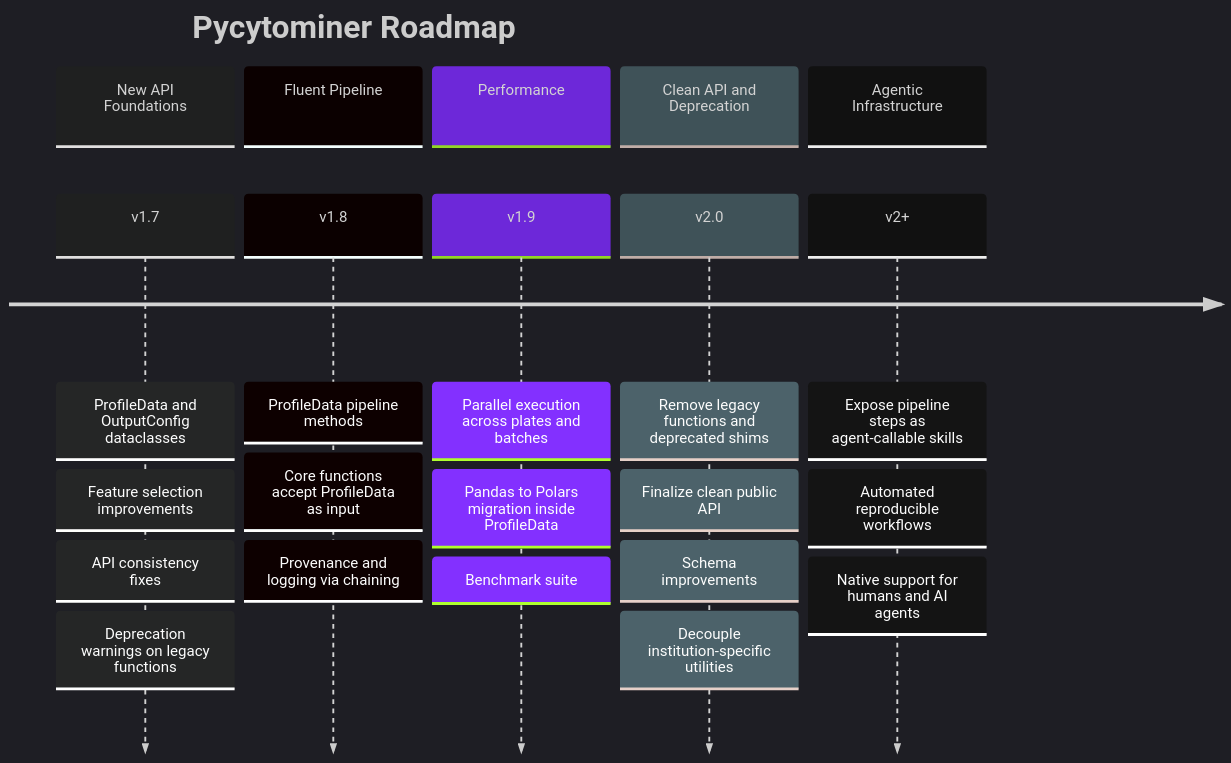
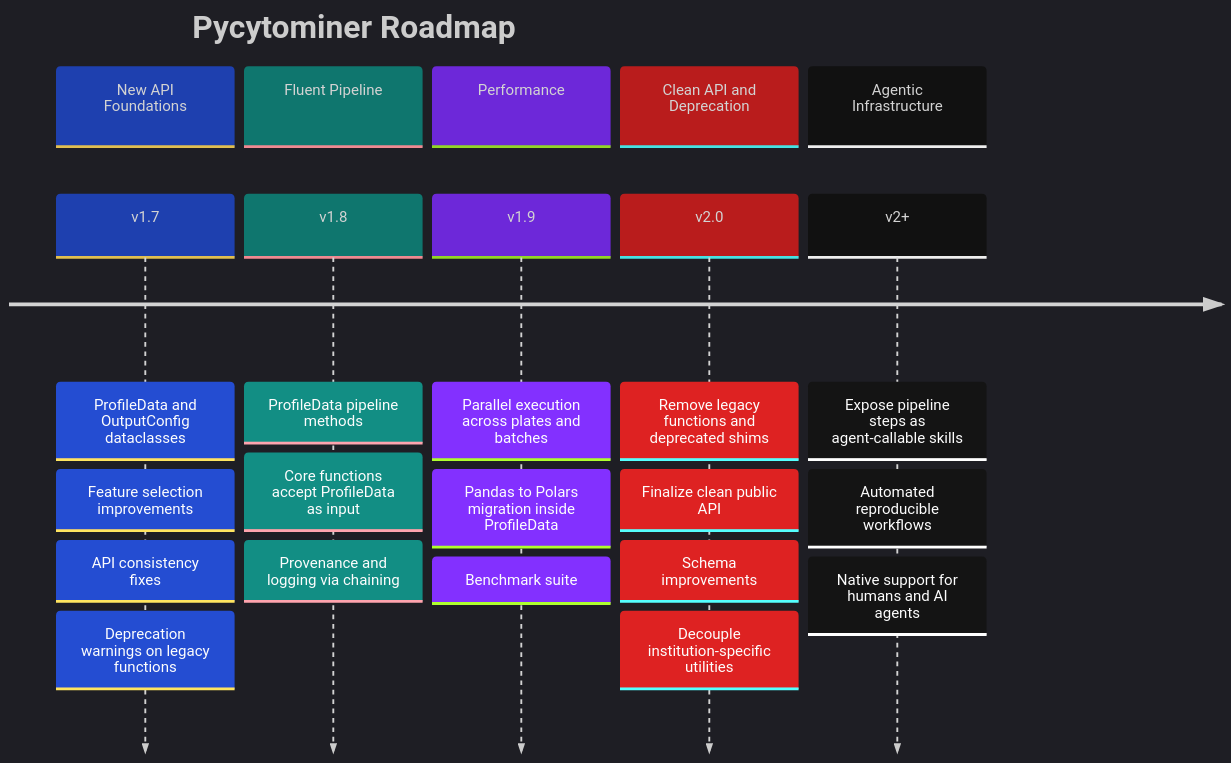
The diagram in ROADMAP.md (cytomining/pycytominer), drawn with Mermaid before and after one commit.

Commit message:
specify colors

````diff
--- a/ROADMAP.md
+++ b/ROADMAP.md
@@ -6,27 +6,27 @@
 ```mermaid
-%%{init: {'theme': 'dark', 'themeVariables': {'cScale2': '#6d28d9', 'cScale4': '#111111'}}}%%
+%%{init: {'theme': 'dark', 'themeVariables': {'cScale0': '#1e40af', 'cScale1': '#0f766e', 'cScale2': '#6d28d9', 'cScale3': '#b91c1c', 'cScale4': '#111111'}}}%%
 timeline
     title Pycytominer Roadmap
     section New API Foundations
         v1.7 : ProfileData and OutputConfig dataclasses
              : Feature selection improvements
              : API consistency fixes
              : Deprecation warnings on legacy functions
     section Fluent Pipeline
         v1.8 : ProfileData pipeline methods
              : Core functions accept ProfileData as input
              : Provenance and logging via chaining
     section Performance
         v1.9 : Parallel execution across plates and batches
              : Pandas to Polars migration inside ProfileData
              : Benchmark suite
     section Clean API and Deprecation
         v2.0 : Remove legacy functions and deprecated shims
              : Finalize clean public API
              : Schema improvements
              : Decouple institution-specific utilities
     section Agentic Infrastructure
         v2+ : Expose pipeline steps as agent-callable skills
             : Automated reproducible workflows
             : Native support for humans and AI agents
 ```
````
